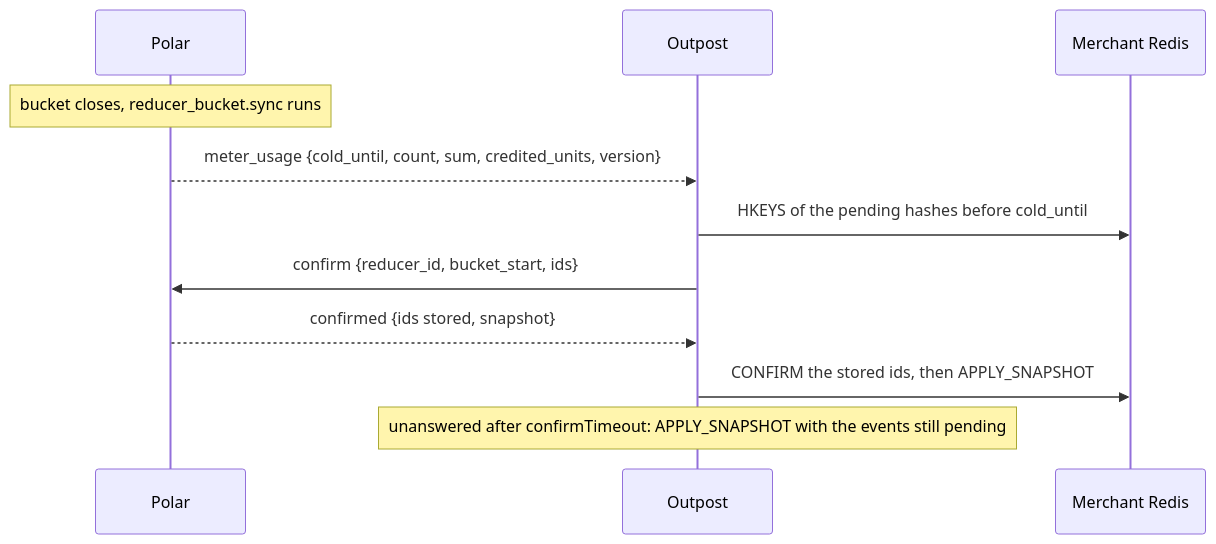
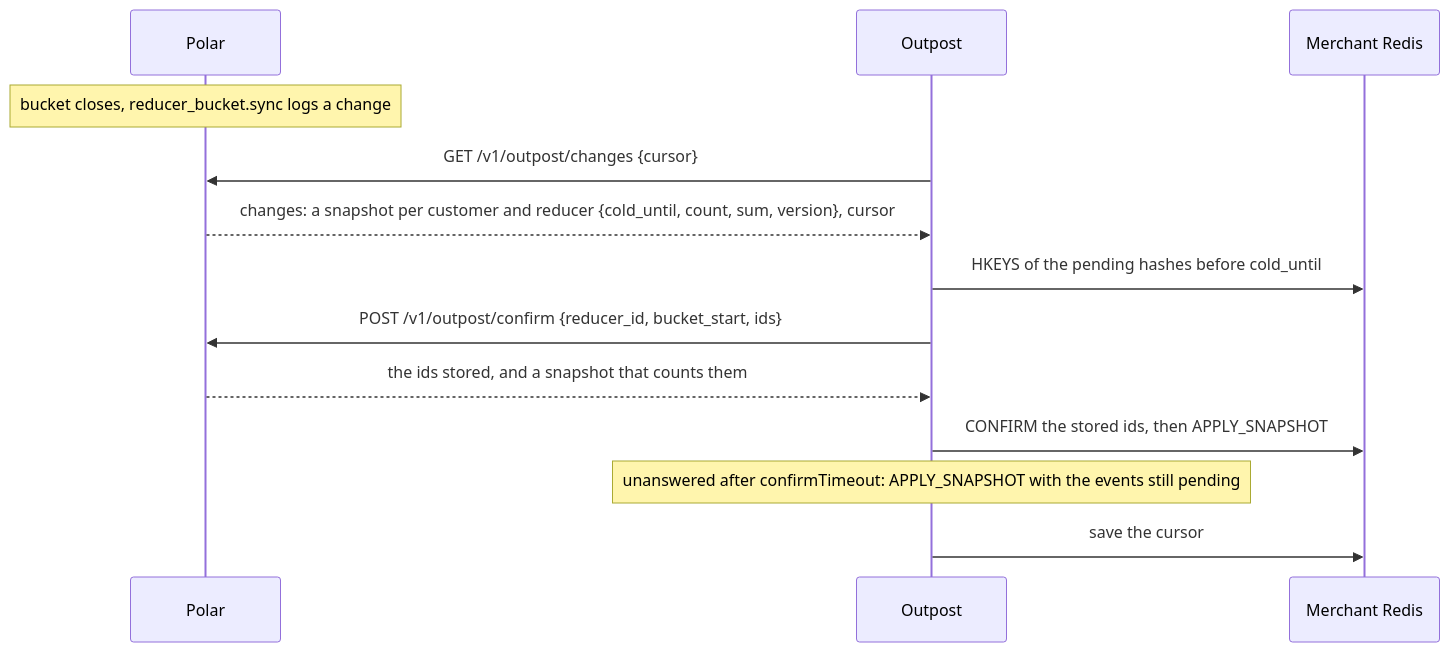
The third of 3 diagrams in handbook/engineering/design-documents/outpost.mdx (polarsource/polar), drawn with Mermaid before and after one commit. The commit also changed other lines of this file, not shown here.

Commit message:
outpost: describe the pull in the design doc

````diff
--- a/handbook/engineering/design-documents/outpost.mdx
+++ b/handbook/engineering/design-documents/outpost.mdx
@@ -130,14 +133,16 @@
 ```mermaid
 sequenceDiagram
     participant P as Polar
     participant O as Outpost
     participant R as Merchant Redis
 
-    Note over P: bucket closes, reducer_bucket.sync runs
-    P-->>O: meter_usage {cold_until, count, sum, credited_units, version}
+    Note over P: bucket closes, reducer_bucket.sync logs a change
+    O->>P: GET /v1/outpost/changes {cursor}
+    P-->>O: changes: a snapshot per customer and reducer {cold_until, count, sum, version}, cursor
     O->>R: HKEYS of the pending hashes before cold_until
-    O->>P: confirm {reducer_id, bucket_start, ids}
-    P-->>O: confirmed {ids stored, snapshot}
+    O->>P: POST /v1/outpost/confirm {reducer_id, bucket_start, ids}
+    P-->>O: the ids stored, and a snapshot that counts them
     O->>R: CONFIRM the stored ids, then APPLY_SNAPSHOT
     Note over O: unanswered after confirmTimeout: APPLY_SNAPSHOT with the events still pending
+    O->>R: save the cursor
 ```
````
